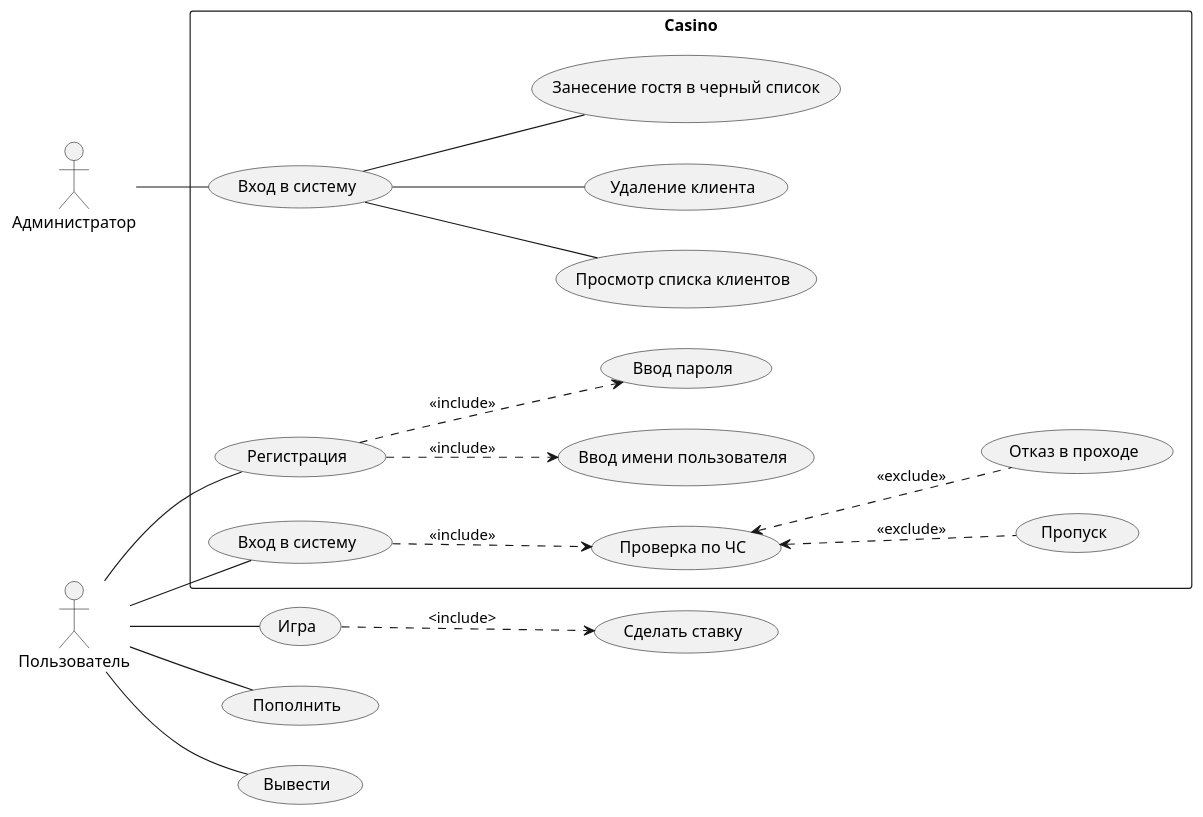
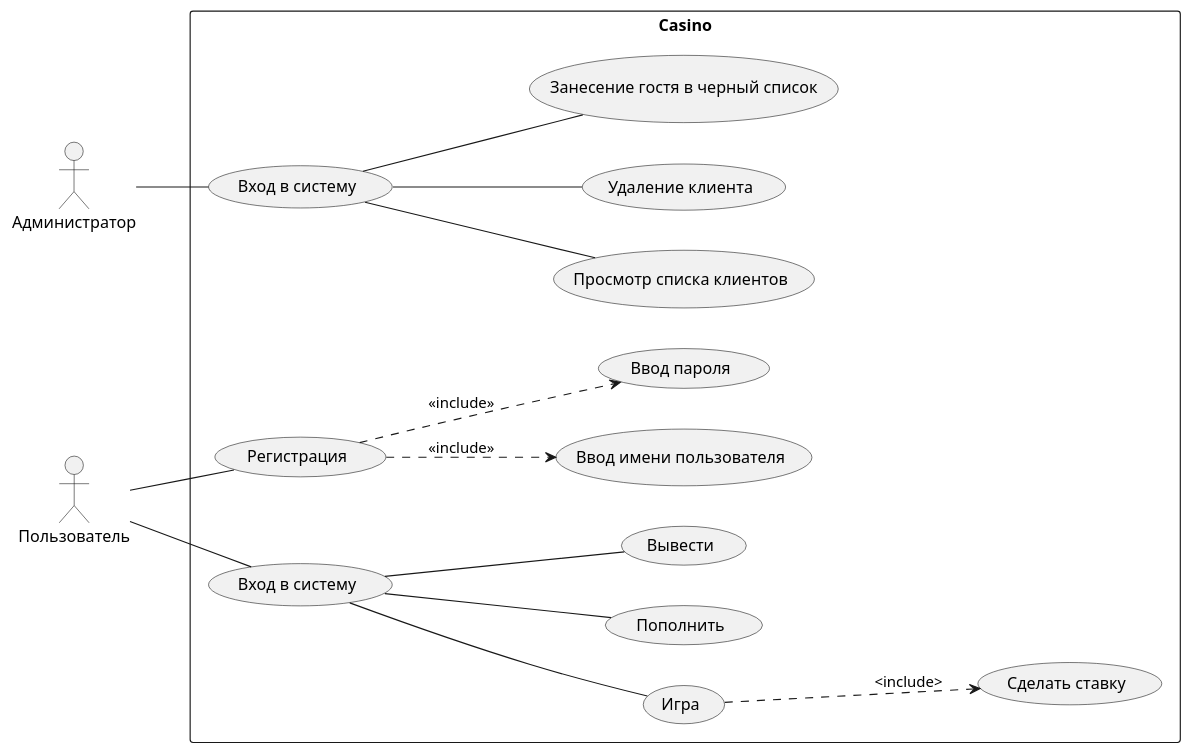
Before and after one commit to DanRus717/Casino_system: the diagram in documents/UseCase.plantuml, drawn with PlantUML.

Commit message:
Changed UseCase

```diff
--- a/documents/UseCase.plantuml
+++ b/documents/UseCase.plantuml
@@ -1,52 +1,49 @@
 @startuml Casino Use Case
 left to right direction
 
 actor "Администратор" as Admin
 actor "Пользователь" as User
 
 rectangle "Casino" {
     usecase "Вход в систему" as UC_LoginAdmin
 
     usecase "Регистрация" as UC_Register
 
     usecase "Вход в систему" as UC_LoginUser
 
     usecase "Просмотр списка клиентов" as Watch_Clients
     usecase "Удаление клиента" as Delete_Client
     usecase "Занесение гостя в черный список" as Blacklist
 
     usecase "Ввод имени пользователя" as Enter_username
     usecase "Ввод пароля" as Enter_password
 
-    usecase "Проверка по ЧС" as Blacklist_check
-    usecase "Пропуск" as Enter
-    usecase "Отказ в проходе" as Enter_reject
+    usecase "Игра" as Game
+    usecase "Сделать ставку" as Bet
+    usecase "Пополнить" as Add_money
+    usecase "Вывести" as Return_money
 
 }
 usecase "Игра" as Game
 usecase "Сделать ставку" as Bet
 usecase "Пополнить" as Add_money
 usecase "Вывести" as Return_money
 
 Admin -- UC_LoginAdmin
 
 UC_LoginAdmin -- Delete_Client
 UC_LoginAdmin -- Blacklist
 UC_LoginAdmin -- Watch_Clients
 
 User -- UC_Register
 User -- UC_LoginUser
-User -- Game
-User -- Add_money
-User -- Return_money
+UC_LoginUser -- Game
+UC_LoginUser -- Add_money
+UC_LoginUser -- Return_money
 
 
 UC_Register ..> Enter_username : <<include>>
 UC_Register ..> Enter_password : <<include>>
 
-UC_LoginUser ..> Blacklist_check : <<include>>
-Blacklist_check <.. Enter : <<exclude>>
-Blacklist_check <.. Enter_reject : <<exclude>>
-
 Game ..> Bet : <include>
 @enduml
```
